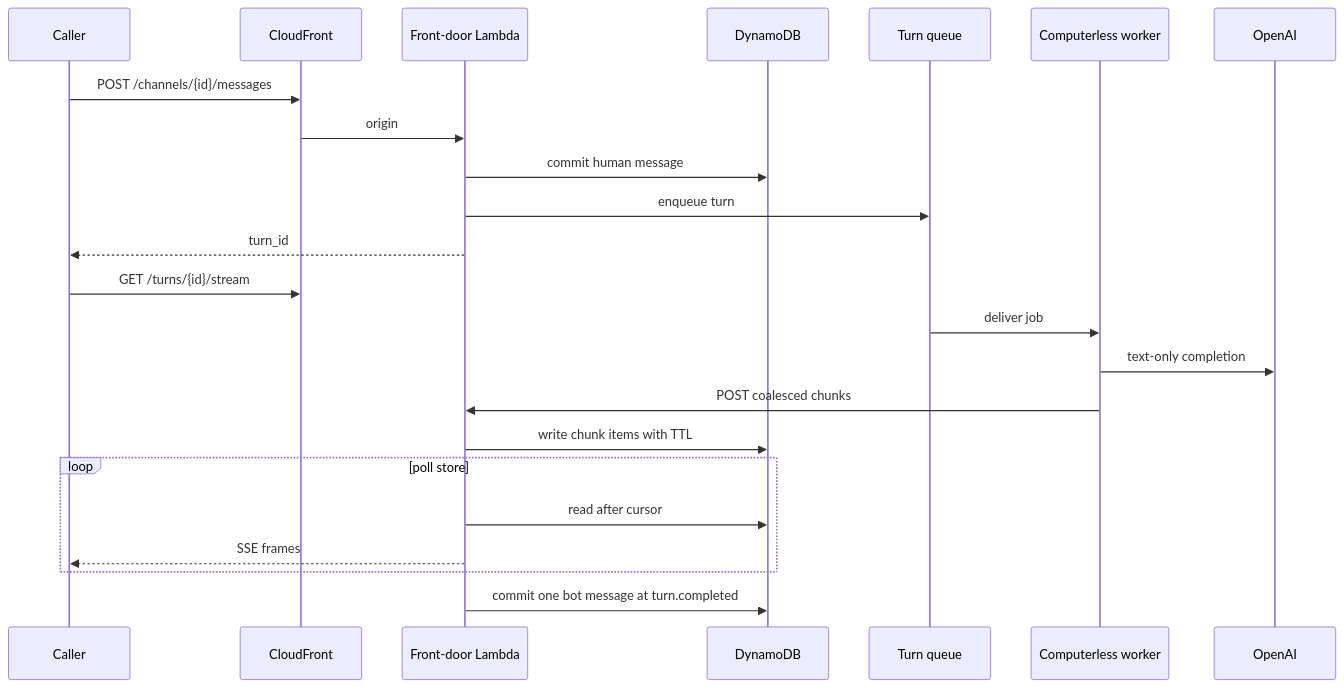
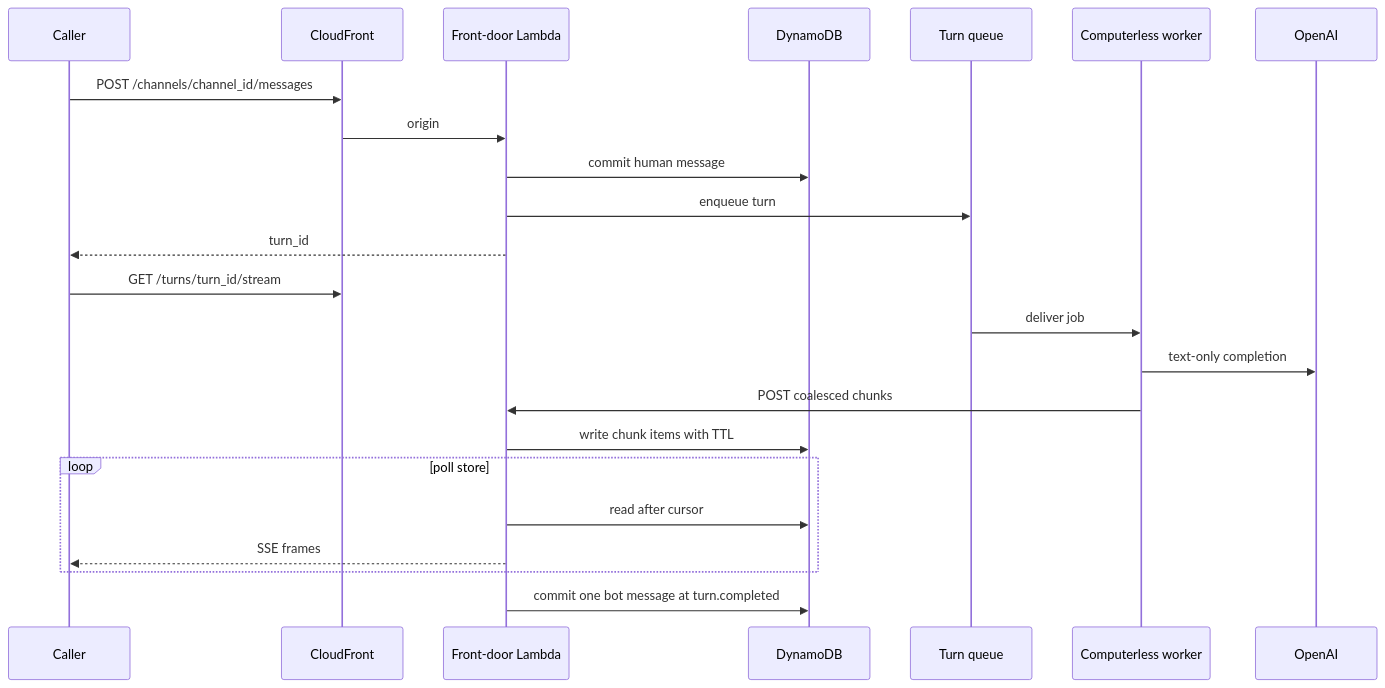
The second of 3 diagrams in README.md (AnthusAI/Chattic.us), drawn with Mermaid before and after one commit. The commit also changed other lines of this file and 1 other file, not shown here.

````diff
--- a/README.md
+++ b/README.md
@@ -83,26 +104,26 @@
 ```mermaid
 sequenceDiagram
   participant Caller
   participant CF as CloudFront
   participant FD as Front-door Lambda
   participant DDB as DynamoDB
   participant SQS as Turn queue
   participant W as Computerless worker
   participant OA as OpenAI
 
-  Caller->>CF: POST /channels/{id}/messages
+  Caller->>CF: POST /channels/channel_id/messages
   CF->>FD: origin
   FD->>DDB: commit human message
   FD->>SQS: enqueue turn
   FD-->>Caller: turn_id
-  Caller->>CF: GET /turns/{id}/stream
+  Caller->>CF: GET /turns/turn_id/stream
   SQS->>W: deliver job
   W->>OA: text-only completion
   W->>FD: POST coalesced chunks
   FD->>DDB: write chunk items with TTL
   loop poll store
     FD->>DDB: read after cursor
     FD-->>Caller: SSE frames
   end
   FD->>DDB: commit one bot message at turn.completed
 ```
````
